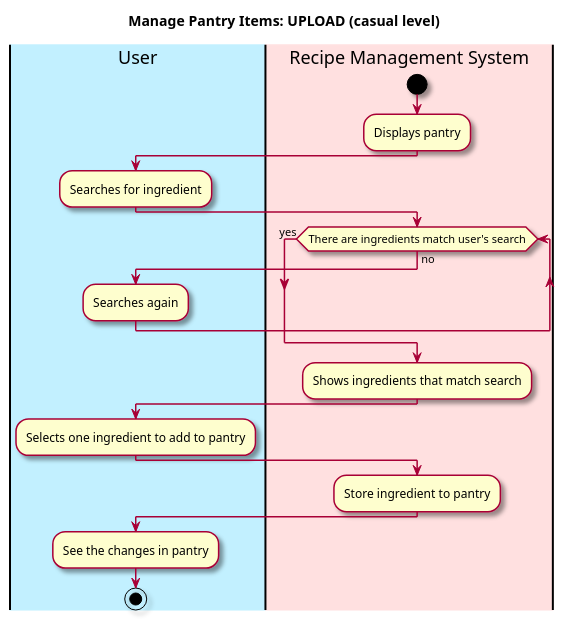
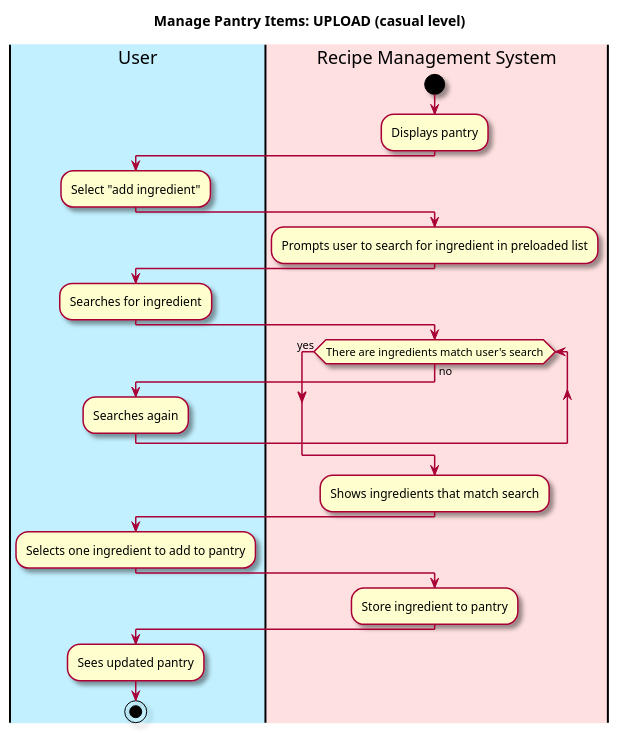
Before and after one commit to berthashipper/Pantry-Pal-Android-Application: the first of 8 diagrams in intellij/doc/use-cases/manage_pantry.md, drawn with PlantUML. The commit also changed other lines of this file and 1 other file, not shown here.

Commit message:
Updated sequence diagrams from feedback in manage_pantry

````diff
--- a/intellij/doc/use-cases/manage_pantry.md
+++ b/intellij/doc/use-cases/manage_pantry.md
@@ -27,37 +27,42 @@
 ```plantuml
 @startuml
 
 skin rose
 
 title  Manage Pantry Items: UPLOAD (casual level)
 
 'define the lanes
 |#application|User|
 |#implementation|Recipe Management System|
 
 |Recipe Management System|
 start
 :Displays pantry;
 |User|
+:Select "add ingredient";
+|Recipe Management System|
+:Prompts user to search for ingredient in preloaded list;
+|User|
 :Searches for ingredient;
 |Recipe Management System|
+
 while (There are ingredients match user's search) is (no) 
 |User|
 :Searches again;
 endwhile (yes);
 
 |Recipe Management System|
 :Shows ingredients that match search;
 
 |User|
 :Selects one ingredient to add to pantry;
 |Recipe Management System|
 
 :Store ingredient to pantry;
 
 |User|
-:See the changes in pantry;
+:Sees updated pantry;
 
 stop
 @enduml
 ```
````
